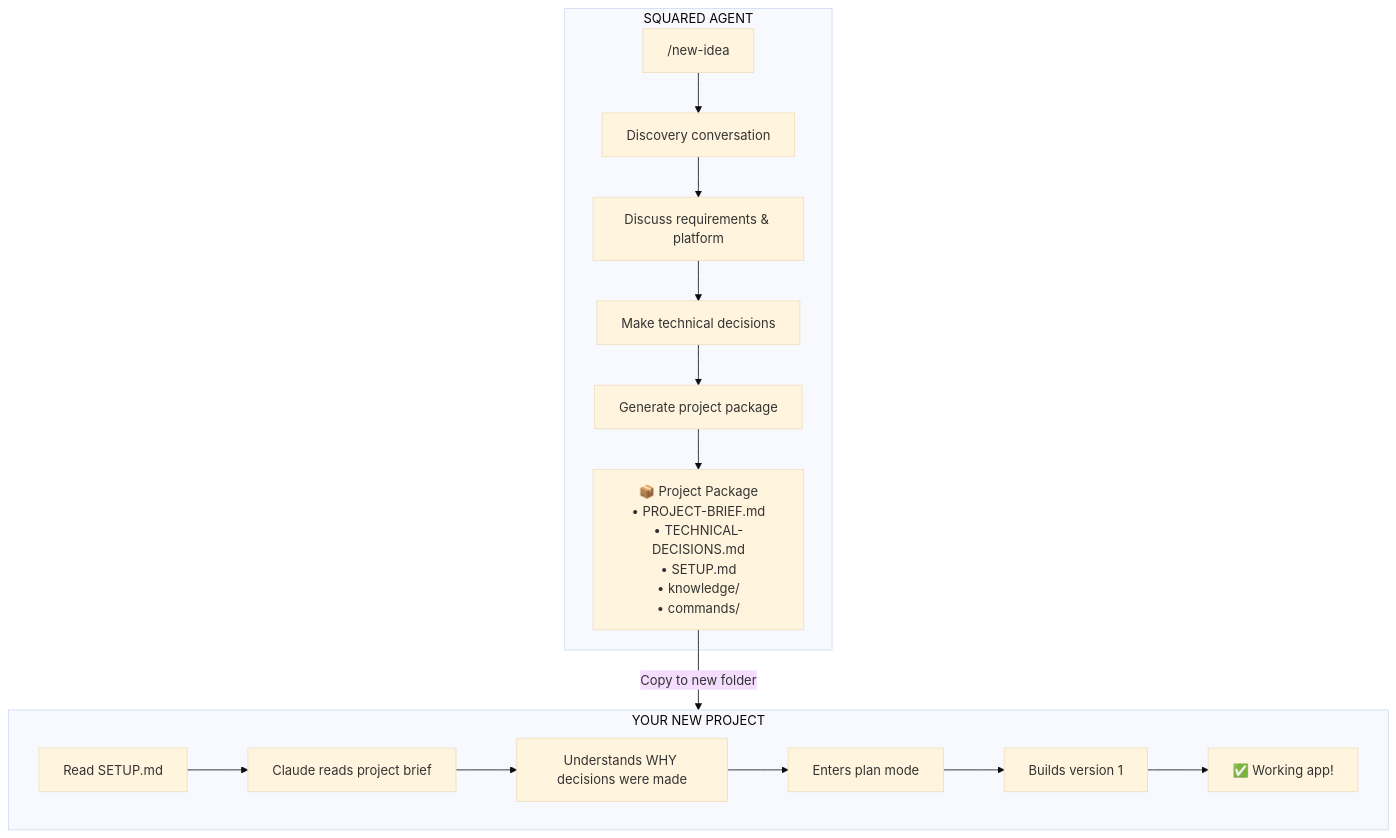
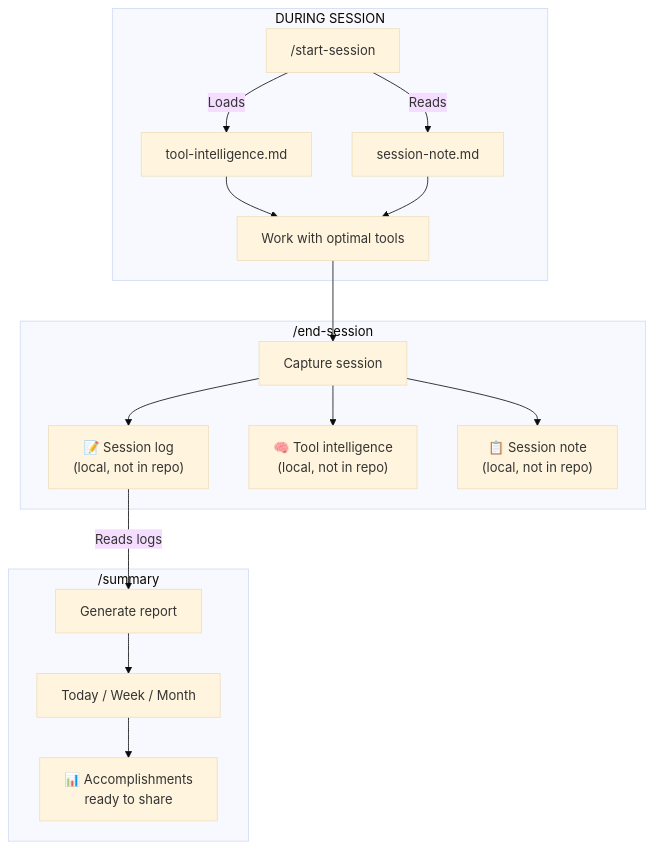
One commit to Squared-Lemons/Squared-Agent changed the sixth of 7 diagrams in README.md. Above: the diagram before and after it, drawn with Mermaid (base theme). The commit also changed other lines of this file and 16 other files, not shown here.

````diff
--- a/README.md
+++ b/README.md
@@ -56,20 +269,22 @@
 ```mermaid
 flowchart TB
-    subgraph SA["SQUARED AGENT"]
-        A["/new-idea"] --> B["Discovery conversation"]
-        B --> C["Discuss requirements & platform"]
-        C --> D["Make technical decisions"]
-        D --> E["Generate project package"]
-        E --> PKG["📦 Project Package<br/>• PROJECT-BRIEF.md<br/>• TECHNICAL-DECISIONS.md<br/>• SETUP.md<br/>• knowledge/<br/>• commands/"]
+    subgraph Session["DURING SESSION"]
+        A["/start-session"] -->|"Loads"| B["tool-intelligence.md"]
+        A -->|"Reads"| C["session-note.md"]
+        B --> D["Work with optimal tools"]
+        C --> D
     end
 
-    PKG -->|"Copy to new folder"| NP
+    subgraph EndSession["/end-session"]
+        D --> E["Capture session"]
+        E --> F["📝 Session log<br/>(local, not in repo)"]
+        E --> G["🧠 Tool intelligence<br/>(local, not in repo)"]
+        E --> H["📋 Session note<br/>(local, not in repo)"]
+    end
 
-    subgraph NP["YOUR NEW PROJECT"]
-        F["Read SETUP.md"] --> G["Claude reads project brief"]
-        G --> H["Understands WHY decisions were made"]
-        H --> I["Enters plan mode"]
-        I --> J["Builds version 1"]
-        J --> K["✅ Working app!"]
+    subgraph Reporting["/summary"]
+        F -->|"Reads logs"| I["Generate report"]
+        I --> J["Today / Week / Month"]
+        J --> K["📊 Accomplishments<br/>ready to share"]
     end
 ```
````
